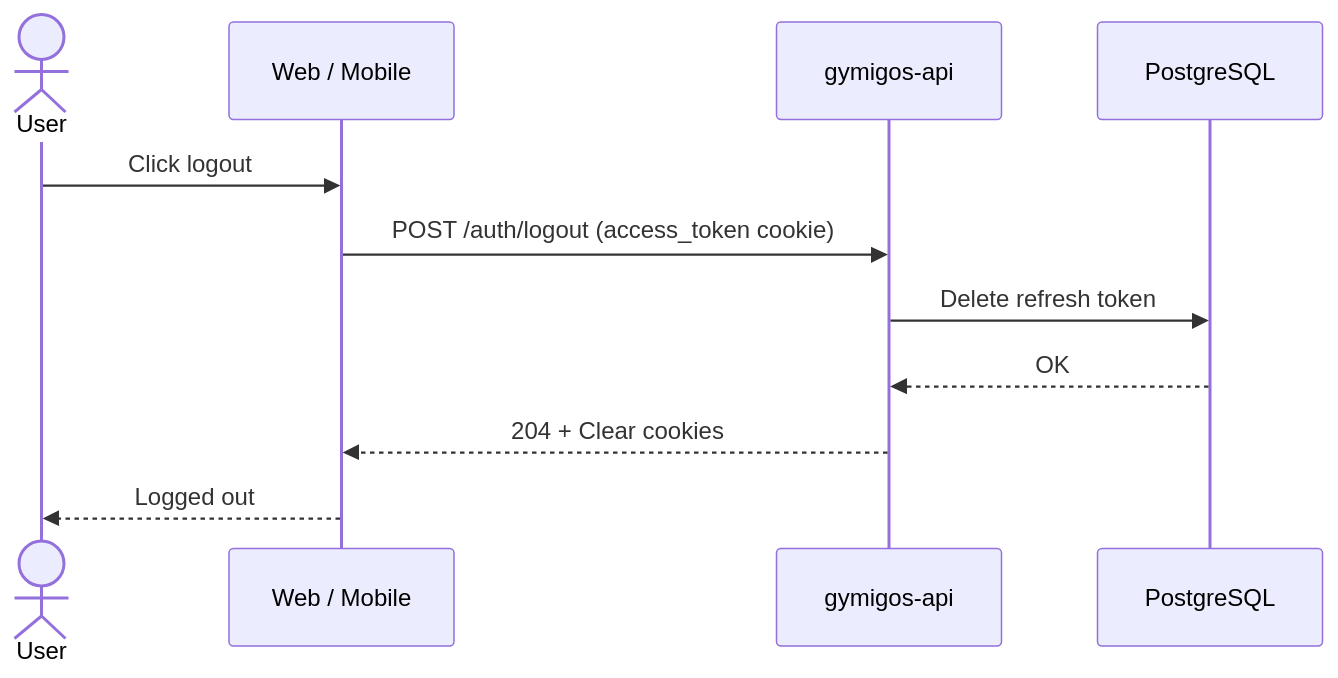
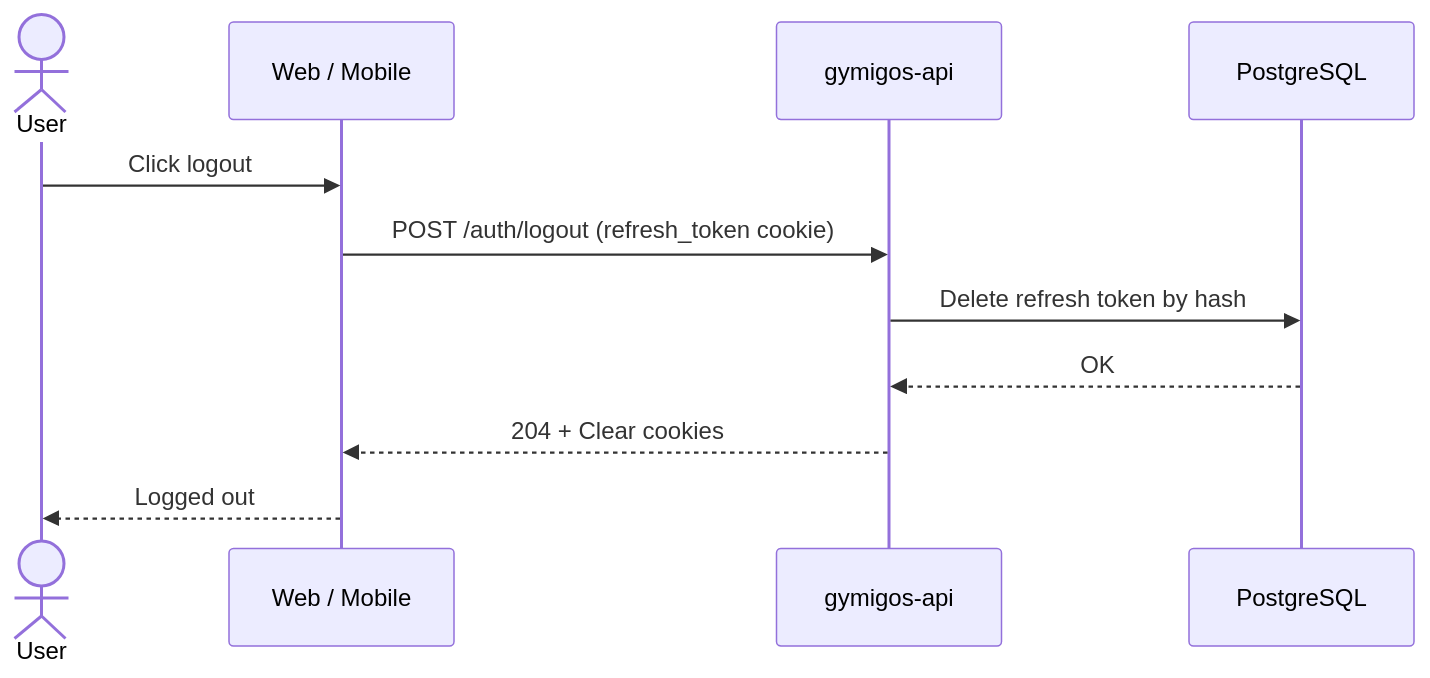
The fourth of 4 diagrams in docs/flows/auth-flow.md (phelypecavalcante/gymigos-infra), drawn with Mermaid before and after one commit. The commit also changed other lines of this file, not shown here.

Commit message:
docs: update auth flow — X-Client-Type header, upsert behaviour, correct logout cookie

````diff
--- a/docs/flows/auth-flow.md
+++ b/docs/flows/auth-flow.md
@@ -62,14 +63,14 @@
 ```mermaid
 sequenceDiagram
   actor User
   participant Client as Web / Mobile
   participant API as gymigos-api
   participant DB as PostgreSQL
 
   User->>Client: Click logout
-  Client->>API: POST /auth/logout (access_token cookie)
-  API->>DB: Delete refresh token
+  Client->>API: POST /auth/logout (refresh_token cookie)
+  API->>DB: Delete refresh token by hash
   DB-->>API: OK
   API-->>Client: 204 + Clear cookies
   Client-->>User: Logged out
 ```
````
